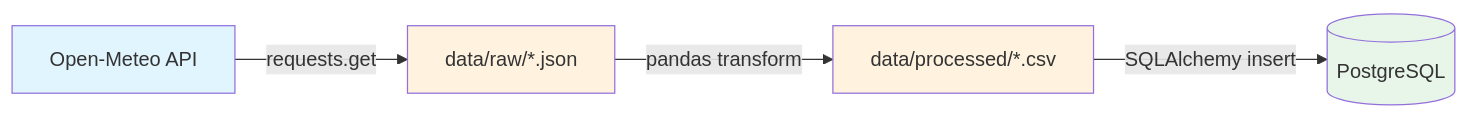
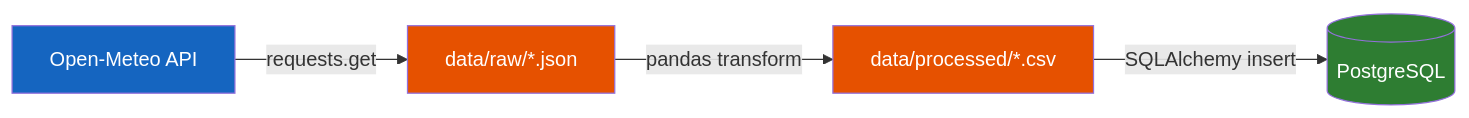
One commit to Lukiano99/ETLProcessorProject changed the second of 4 diagrams in README.md. Above: the diagram before and after it, drawn with Mermaid. The commit also changed other lines of this file, not shown here.

Commit message:
Fix diagram contrast for dark mode readability

````diff
--- a/README.md
+++ b/README.md
@@ -31,11 +31,11 @@
 ```mermaid
 graph LR
     A[Open-Meteo API] -->|requests.get| B[data/raw/*.json]
     B -->|pandas transform| C[data/processed/*.csv]
     C -->|SQLAlchemy insert| D[(PostgreSQL)]
 
-    style A fill:#e1f5fe
-    style B fill:#fff3e0
-    style C fill:#fff3e0
-    style D fill:#e8f5e9
+    style A fill:#1565c0,color:#fff
+    style B fill:#e65100,color:#fff
+    style C fill:#e65100,color:#fff
+    style D fill:#2e7d32,color:#fff
 ```
````
